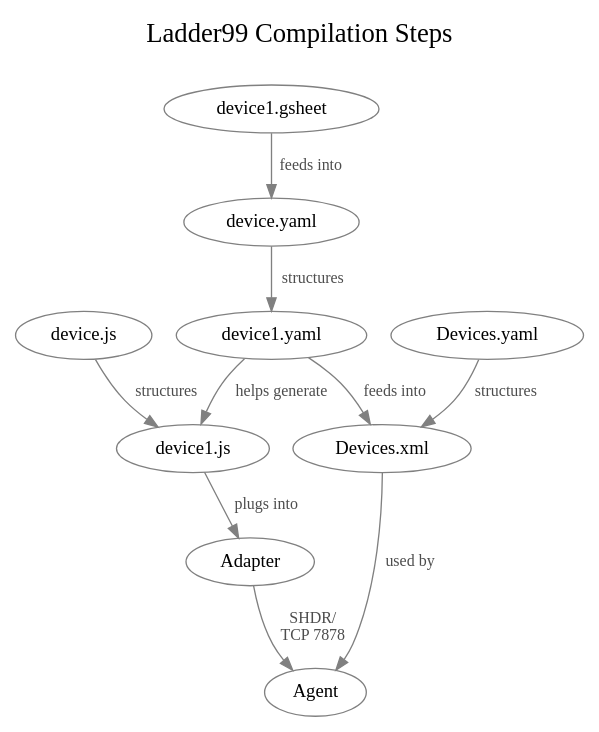
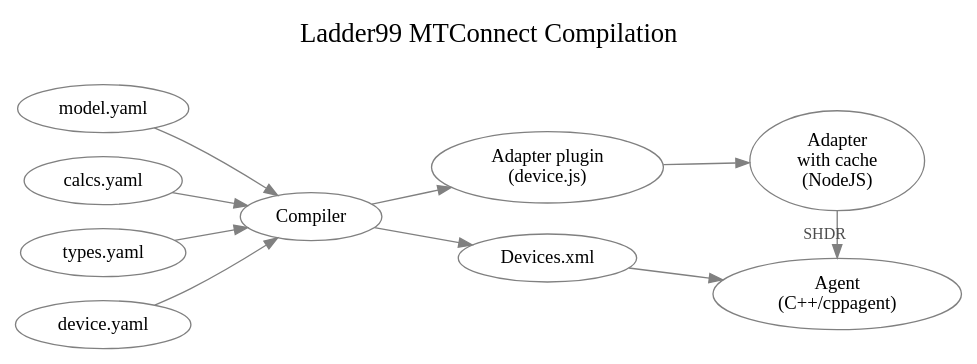
The diagram in design/compilation.dot (Ladder99/ladder99), drawn with Graphviz before and after one commit.

```diff
--- a/design/compilation.dot
+++ b/design/compilation.dot
@@ -1,36 +1,57 @@
 digraph "ladder99-compilation" {
 
   // styles
-  graph [ label="Ladder99 Compilation Steps\n "; color=lightgray; ];
+  graph [ label="Ladder99 MTConnect Compilation\n "; color=lightgray; ];
   graph [ fontsize=20 ];
   graph [ labelloc=t ];
   // graph [ ranksep=0.2 ];
   // graph [ nodesep=0.35 ];
-  // graph [ rankdir=LR; ] // left-to-right
+  graph [ rankdir=LR; ] // left-to-right
   node [ color=gray; fillcolor=white; style=filled ];
   edge [ color=gray ];
   edge [ fontsize=12; fontcolor=gray30; ];
 
   // nodes
-  Device1Sheet [ label="device1.gsheet" ];
+  // DeviceSheet [ label="device.gsheet" ];
+  ModelYaml [ label="model.yaml" ];
+  CalcsYaml [ label="calcs.yaml" ];
+  TypesYaml [ label="types.yaml" ];
   DeviceYaml [ label="device.yaml" ];
-  Device1Yaml [ label="device1.yaml" ];
-  DeviceJs [ label="device.js" ];
-  Device1Js [ label="device1.js" ];
+  // DevicesYaml [ label="Devices.yaml\n(structure)" ];
+
+  Compiler [ label="Compiler" ];
+
+  DeviceJs [ label="Adapter plugin\n(device.js)" ];
   DevicesXml [ label="Devices.xml" ];
-  DevicesYaml [ label="Devices.yaml" ];
+
+  Adapter [ label="Adapter\nwith cache\n(NodeJS)" ];
+  Agent [ label="Agent\n(C++/cppagent)" ];
 
   // edges
-  DeviceYaml -> Device1Yaml [ label="structures" ];
-  Device1Sheet -> DeviceYaml [ label="feeds into" ];
-  Device1Yaml -> Device1Js [ label="helps generate" ];
-  DeviceJs -> Device1Js [ label="structures" ];
-  Device1Js -> Adapter [ label="plugs into" ];
-  Device1Yaml -> DevicesXml [ label="feeds into" ];
-  Adapter -> Agent [ label="SHDR/\nTCP 7878" ];
-  DevicesYaml -> DevicesXml [ label="structures" ];
-  DevicesXml -> Agent [ label="used by" ];
+  // DeviceSheet -> Compiler;
+  ModelYaml -> Compiler;
+  CalcsYaml -> Compiler;
+  TypesYaml -> Compiler;
+  DeviceYaml -> Compiler;
+  // DevicesYaml -> Compiler;
+
+  Compiler -> DeviceJs;
+  Compiler -> DevicesXml;
+
+  DeviceJs -> Adapter;
+  DevicesXml -> Agent;
+
+  Adapter -> Agent [ label="SHDR" ];
+
+  // ModelYaml -> DeviceYaml [ label="structures" ];
+  // DeviceSheet -> ModelYaml [ label="feeds into" ];
+  // DeviceYaml -> DeviceJs [ label="helps generate" ];
+  // DeviceJs -> Adapter [ label="plugs into" ];
+  // DeviceYaml -> DevicesXml [ label="feeds into" ];
+  // Adapter -> Agent [ label="SHDR/\nTCP 7878" ];
+  // DevicesYaml -> DevicesXml [ label="structures" ];
+  // DevicesXml -> Agent [ label="used by" ];
 
   // rank
-  // { rank=same; DiodeSender DiodeReceiver Agent Application Database Visualizer };
+  { rank=same; Adapter Agent };
 }
```
